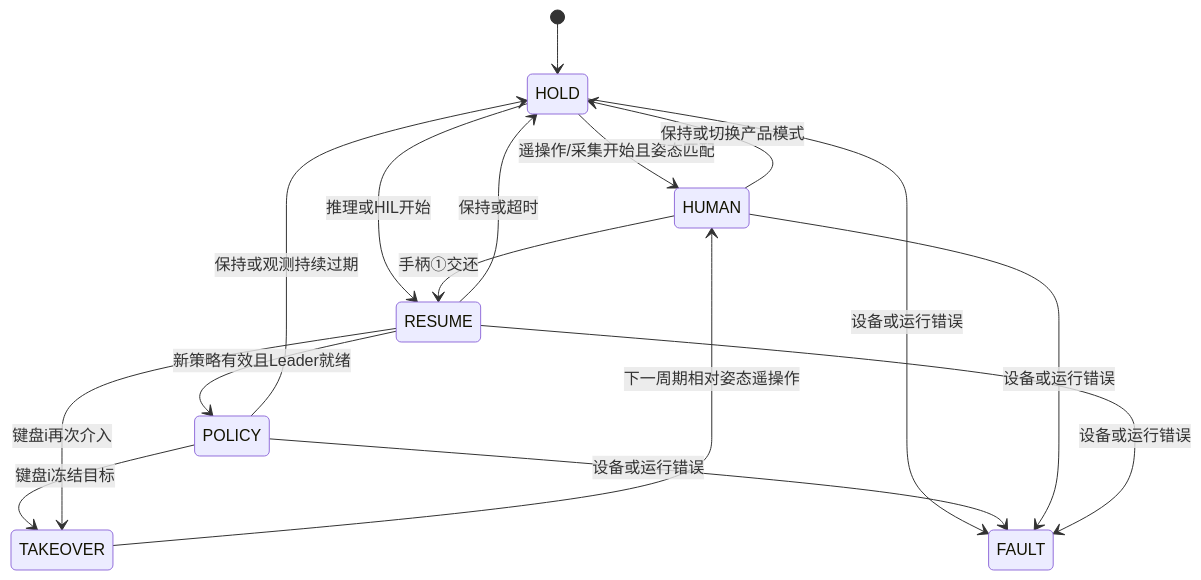
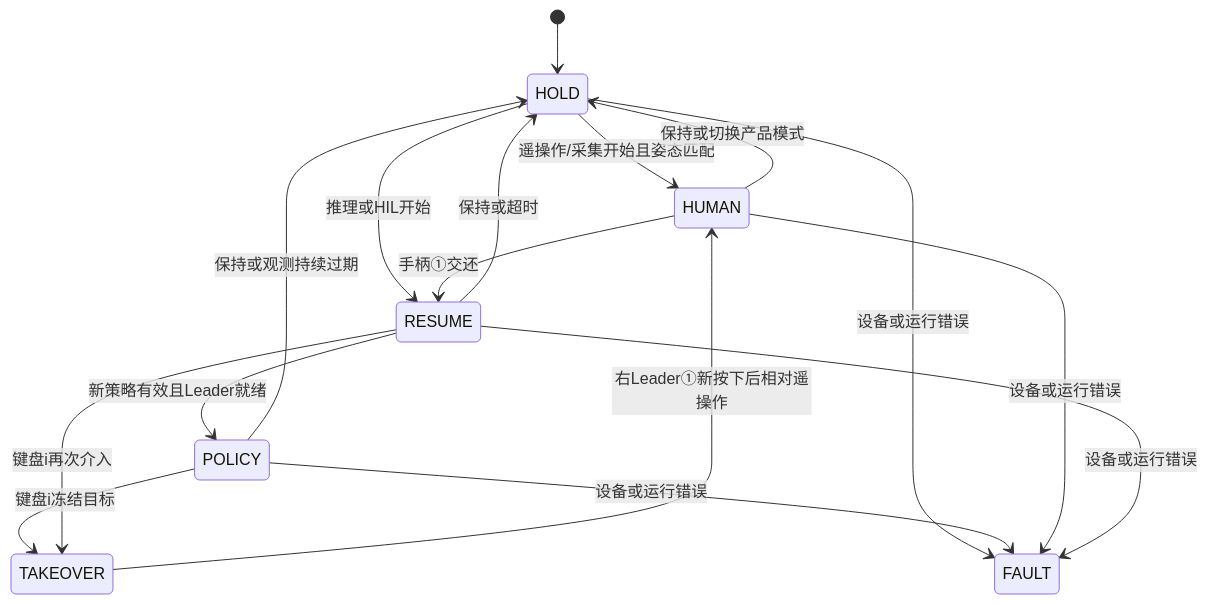
Before and after one commit to robot1lyj/YAM_ABC_Infra: the second of 2 diagrams in docs/dagger_architecture.md, drawn with Mermaid. The commit also changed other lines of this file and 15 other files, not shown here.

````diff
--- a/docs/dagger_architecture.md
+++ b/docs/dagger_architecture.md
@@ -148,18 +148,18 @@
 ```mermaid
 stateDiagram-v2
   [*] --> HOLD
   HOLD --> HUMAN: 遥操作/采集开始且姿态匹配
   HOLD --> RESUME: 推理或HIL开始
   RESUME --> POLICY: 新策略有效且Leader就绪
   POLICY --> TAKEOVER: 键盘i冻结目标
-  TAKEOVER --> HUMAN: 下一周期相对姿态遥操作
+  TAKEOVER --> HUMAN: 右Leader①新按下后相对遥操作
   HUMAN --> RESUME: 手柄①交还
   RESUME --> TAKEOVER: 键盘i再次介入
   POLICY --> HOLD: 保持或观测持续过期
   HUMAN --> HOLD: 保持或切换产品模式
   RESUME --> HOLD: 保持或超时
   HOLD --> FAULT: 设备或运行错误
   POLICY --> FAULT: 设备或运行错误
   HUMAN --> FAULT: 设备或运行错误
   RESUME --> FAULT: 设备或运行错误
 ```
````
